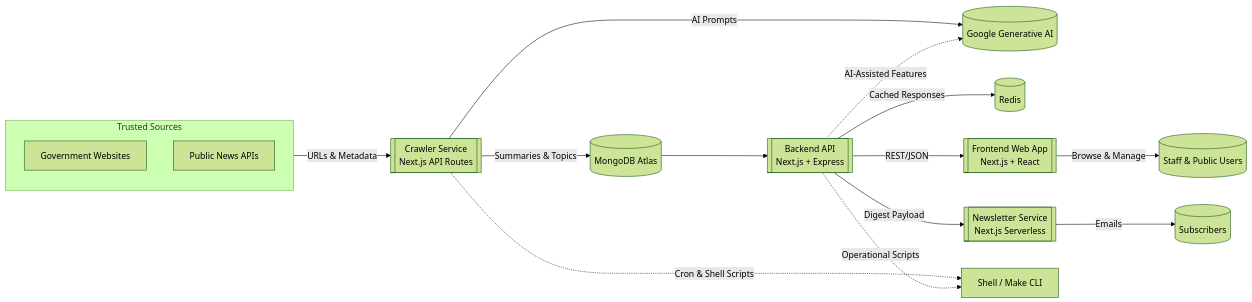
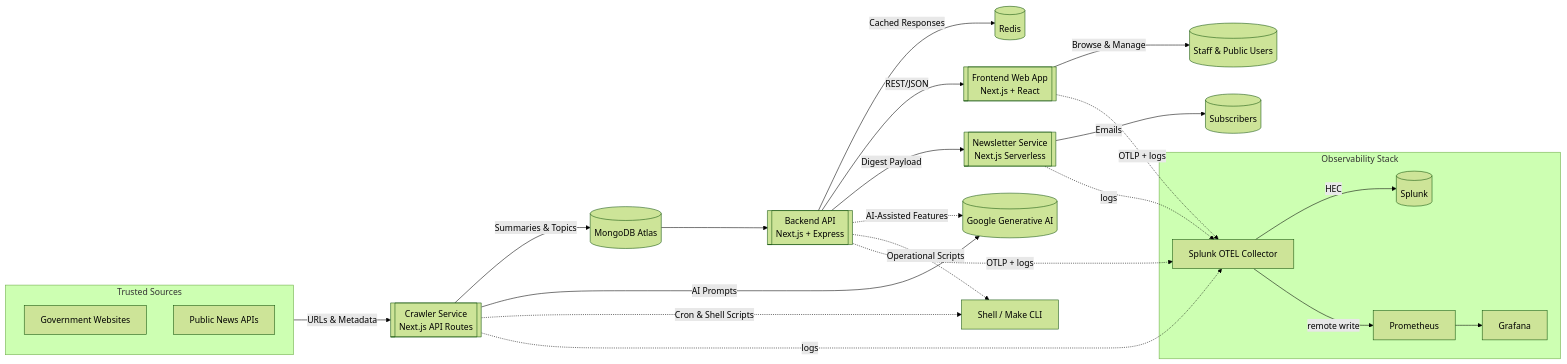
One commit to hoangsonww/AI-Gov-Content-Curator changed the first of 5 diagrams in README.md. Above: the diagram before and after it, drawn with Mermaid (forest theme). The commit also changed other lines of this file and 40 other files, not shown here.

First line of the commit message:
docs: add Splunk/OTEL to README, ARCHITECTURE, DEPLOYMENT with Mermaid diagrams

````diff
--- a/README.md
+++ b/README.md
@@ -116,20 +122,35 @@
 ```mermaid
 flowchart LR
     subgraph Sources[Trusted Sources]
         GovSites[Government Websites]
         NewsAPIs[Public News APIs]
     end
 
     Sources -->|URLs & Metadata| Crawler
     Crawler[[Crawler Service<br/>Next.js API Routes]] -->|Summaries & Topics| MongoDB[(MongoDB Atlas)]
     Crawler -->|AI Prompts| GoogleAI[(Google Generative AI)]
     MongoDB --> Backend[[Backend API<br/>Next.js + Express]]
     Backend -->|Cached Responses| Redis[(Redis)]
     Backend -->|REST/JSON| Frontend[[Frontend Web App<br/>Next.js + React]]
     Backend -->|Digest Payload| Newsletter[[Newsletter Service<br/>Next.js Serverless]]
     Newsletter -->|Emails| Subscribers[(Subscribers)]
     Frontend -->|Browse & Manage| Users[(Staff & Public Users)]
     Backend -.->|AI-Assisted Features| GoogleAI
     Crawler -.->|Cron & Shell Scripts| Automation[Shell / Make CLI]
     Backend -.->|Operational Scripts| Automation
+
+    subgraph Observability[Observability Stack]
+        OTEL[Splunk OTEL Collector]
+        Splunk[(Splunk)]
+        Prometheus[Prometheus]
+        Grafana[Grafana]
+    end
+
+    Backend -.->|OTLP + logs| OTEL
+    Frontend -.->|OTLP + logs| OTEL
+    Crawler -.->|logs| OTEL
+    Newsletter -.->|logs| OTEL
+    OTEL -->|HEC| Splunk
+    OTEL -->|remote write| Prometheus
+    Prometheus --> Grafana
 ```
````
